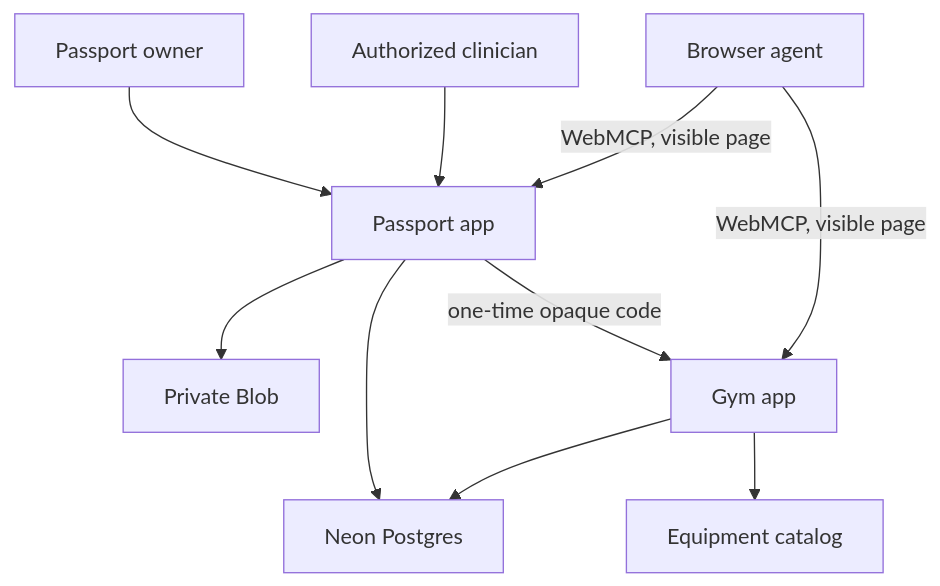
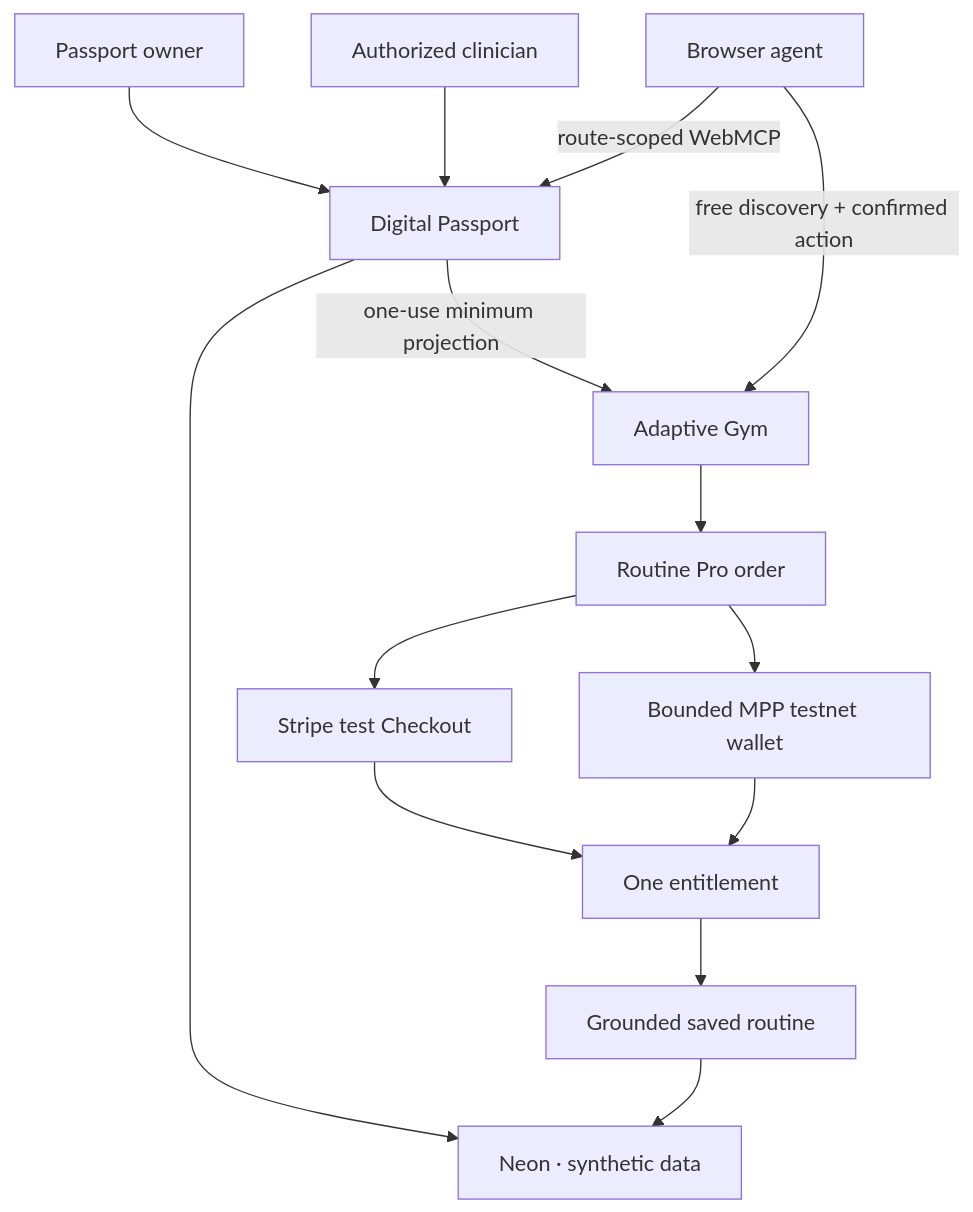
Before and after one commit to AlexCo888/webmcp_adaptive_world: the diagram in docs/ARCHITECTURE.md, drawn with Mermaid. The commit also changed other lines of this file and 210 other files, not shown here.

Commit message:
feat: implement adaptive routine pro plan

````diff
--- a/docs/ARCHITECTURE.md
+++ b/docs/ARCHITECTURE.md
@@ -18,12 +18,16 @@
 ```mermaid
 flowchart TD
-    P["Passport owner"] --> PA["Passport app"]
-    D["Authorized clinician"] --> PA
-    PA --> DB["Neon Postgres"]
-    PA --> B["Private Blob"]
-    PA -->|"one-time opaque code"| GA["Gym app"]
-    GA --> DB
-    GA --> CAT["Equipment catalog"]
-    A["Browser agent"] -->|"WebMCP, visible page"| PA
-    A -->|"WebMCP, visible page"| GA
+    O["Passport owner"] --> P["Digital Passport"]
+    D["Authorized clinician"] --> P
+    P --> DB["Neon · synthetic data"]
+    P -->|"one-use minimum projection"| G["Adaptive Gym"]
+    A["Browser agent"] -->|"route-scoped WebMCP"| P
+    A -->|"free discovery + confirmed action"| G
+    G --> C["Routine Pro order"]
+    C --> S["Stripe test Checkout"]
+    C --> M["Bounded MPP testnet wallet"]
+    S --> E["One entitlement"]
+    M --> E
+    E --> R["Grounded saved routine"]
+    R --> DB
 ```
````
